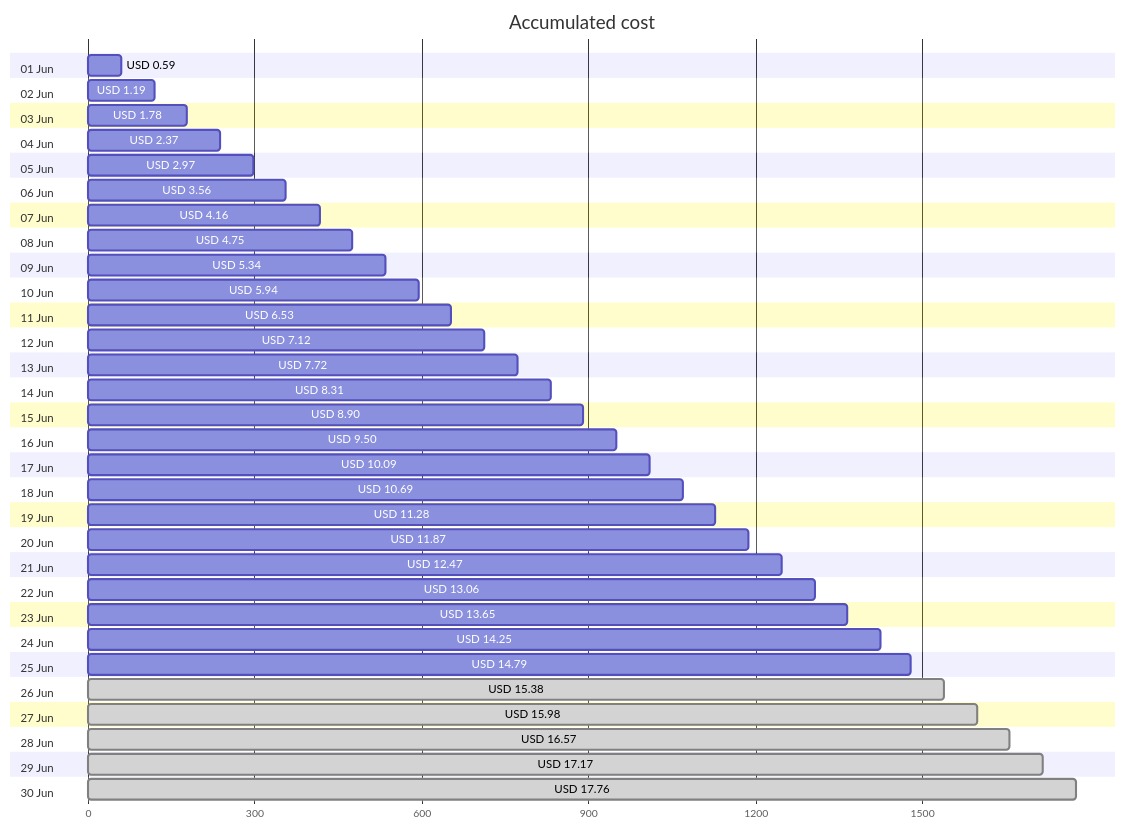
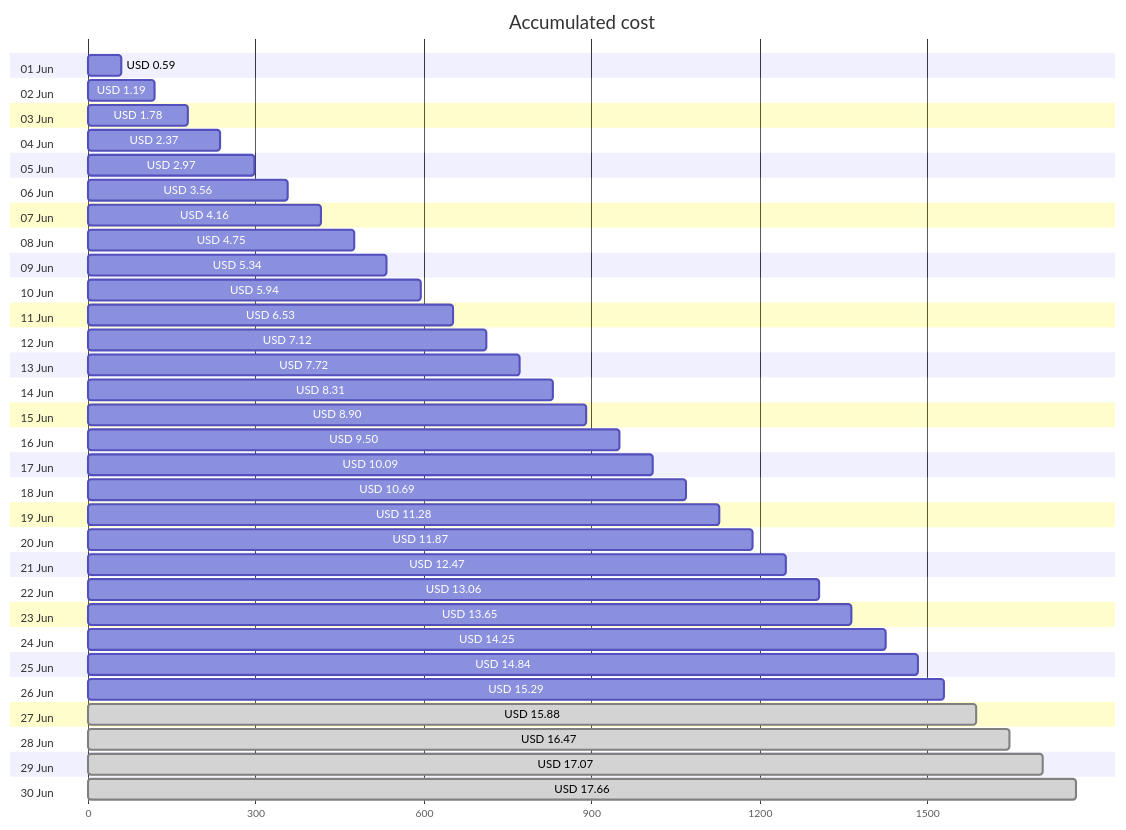
Before and after one commit to jpfulton/azure-personal-reports: the first of 4 diagrams in cost-reports/personal-site/README.md, drawn with Mermaid. The commit also changed other lines of this file and 6 other files, not shown here.

````diff
--- a/cost-reports/personal-site/README.md
+++ b/cost-reports/personal-site/README.md
@@ -20,66 +20,66 @@
 ```mermaid
 gantt
    title Accumulated cost
    dateFormat  X
    axisFormat %s
    section 01 Jun
    USD 0.59 :0, 59
    section 02 Jun
    USD 1.19 :0, 119
    section 03 Jun
    USD 1.78 :0, 178
    section 04 Jun
    USD 2.37 :0, 237
    section 05 Jun
    USD 2.97 :0, 297
    section 06 Jun
    USD 3.56 :0, 356
    section 07 Jun
    USD 4.16 :0, 416
    section 08 Jun
    USD 4.75 :0, 475
    section 09 Jun
    USD 5.34 :0, 534
    section 10 Jun
    USD 5.94 :0, 594
    section 11 Jun
    USD 6.53 :0, 653
    section 12 Jun
    USD 7.12 :0, 712
    section 13 Jun
    USD 7.72 :0, 772
    section 14 Jun
    USD 8.31 :0, 831
    section 15 Jun
    USD 8.90 :0, 890
    section 16 Jun
    USD 9.50 :0, 950
    section 17 Jun
    USD 10.09 :0, 1009
    section 18 Jun
    USD 10.69 :0, 1069
    section 19 Jun
    USD 11.28 :0, 1128
    section 20 Jun
    USD 11.87 :0, 1187
    section 21 Jun
    USD 12.47 :0, 1247
    section 22 Jun
    USD 13.06 :0, 1306
    section 23 Jun
    USD 13.65 :0, 1365
    section 24 Jun
    USD 14.25 :0, 1425
    section 25 Jun
-   USD 14.79 :0, 1479
+   USD 14.84 :0, 1484
    section 26 Jun
-   USD 15.38 : done, 0, 1538
+   USD 15.29 :0, 1529
    section 27 Jun
-   USD 15.98 : done, 0, 1598
+   USD 15.88 : done, 0, 1588
    section 28 Jun
-   USD 16.57 : done, 0, 1657
+   USD 16.47 : done, 0, 1647
    section 29 Jun
-   USD 17.17 : done, 0, 1717
+   USD 17.07 : done, 0, 1707
    section 30 Jun
-   USD 17.76 : done, 0, 1776
+   USD 17.66 : done, 0, 1766
 ```
````
